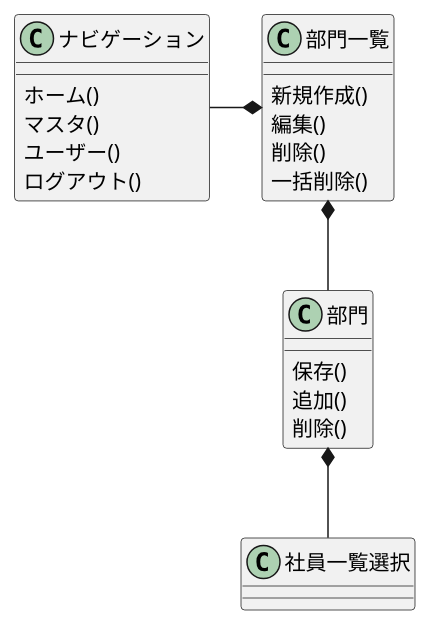
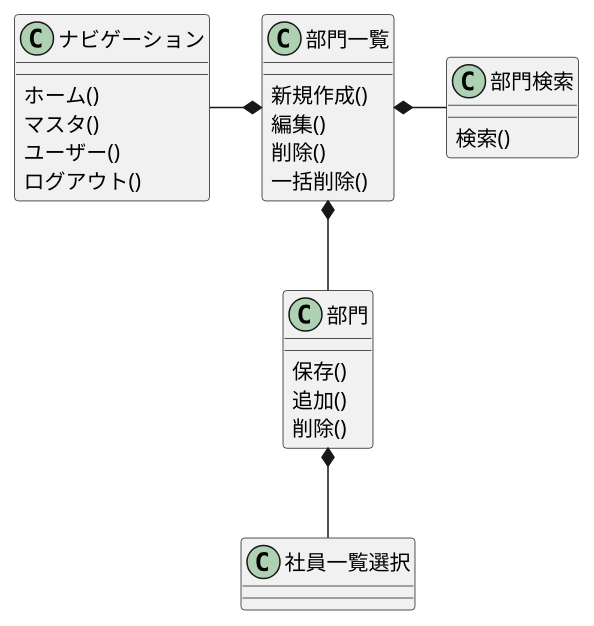
Before and after one commit to k2works/case-study-sales: diagram 24 of 35 in docs/dev.adoc, drawn with PlantUML. The commit also changed other lines of this file and 8 other files, not shown here.

```diff
--- a/docs/dev.adoc
+++ b/docs/dev.adoc
@@ -779,29 +939,34 @@
 [plantuml]
 ----
 @startuml
   class 部門一覧 {
     新規作成()
     編集()
     削除()
     一括削除()
   }
 
   class 部門 {
     保存()
     追加()
     削除()
   }
 
   class ナビゲーション {
     ホーム()
     マスタ()
     ユーザー()
     ログアウト()
   }
 
+  class 部門検索 {
+    検索()
+  }
+
   ナビゲーション -* 部門一覧
   部門一覧 *-- 部門
+  部門一覧 *- 部門検索
   部門 *-- 社員一覧選択
 
 @enduml
 ----
```
